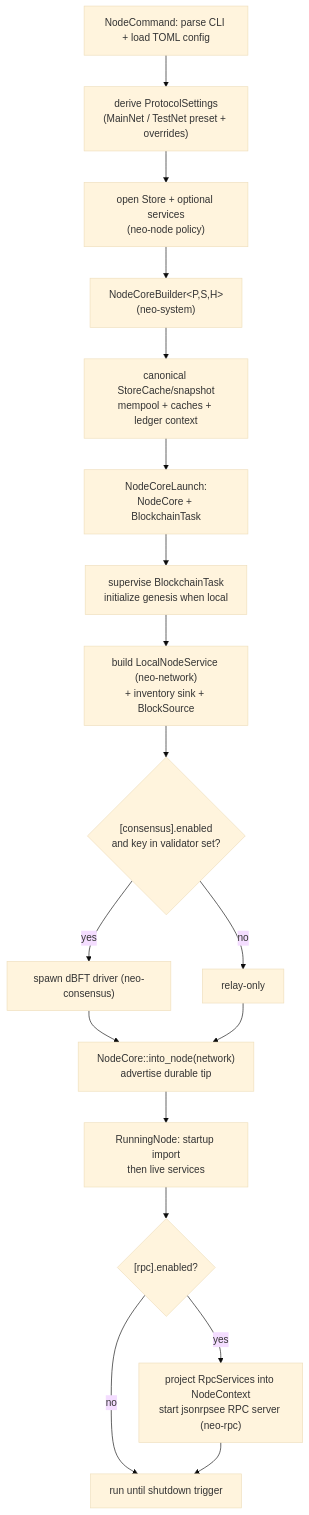
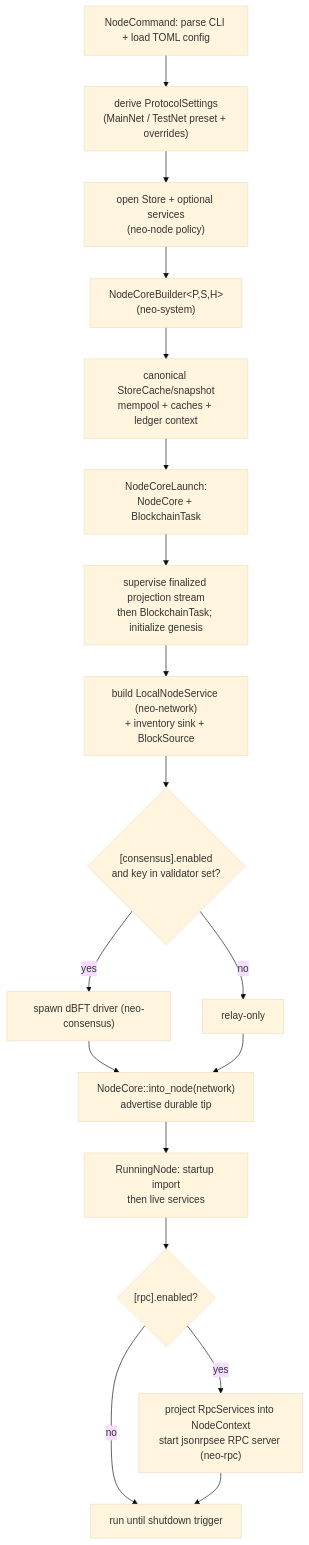
The first of 7 diagrams in docs/dataflow.md (r3e-network/neo-rs), drawn with Mermaid (base theme) before and after one commit. The commit also changed other lines of this file and 52 other files, not shown here.

````diff
--- a/docs/dataflow.md
+++ b/docs/dataflow.md
@@ -23,20 +24,20 @@
 ```mermaid
 flowchart TD
     A["NodeCommand: parse CLI + load TOML config"] --> B["derive ProtocolSettings<br/>(MainNet / TestNet preset + overrides)"]
     B --> C["open Store + optional services<br/>(neo-node policy)"]
     C --> D["NodeCoreBuilder&lt;P,S,H&gt;<br/>(neo-system)"]
     D --> E["canonical StoreCache/snapshot<br/>mempool + caches + ledger context"]
     E --> F["NodeCoreLaunch:<br/>NodeCore + BlockchainTask"]
-    F --> G["supervise BlockchainTask<br/>initialize genesis when local"]
+    F --> G["supervise finalized projection stream<br/>then BlockchainTask; initialize genesis"]
     G --> H["build LocalNodeService (neo-network)<br/>+ inventory sink + BlockSource"]
     H --> I{"[consensus].enabled<br/>and key in validator set?"}
     I -- yes --> J["spawn dBFT driver (neo-consensus)"]
     I -- no --> K["relay-only"]
     J --> L["NodeCore::into_node(network)<br/>advertise durable tip"]
     K --> L
     L --> M["RunningNode: startup import<br/>then live services"]
     M --> N{"[rpc].enabled?"}
     N -- yes --> P["project RpcServices into NodeContext<br/>start jsonrpsee RPC server (neo-rpc)"]
     N -- no --> O["run until shutdown trigger"]
     P --> O
 ```
````
